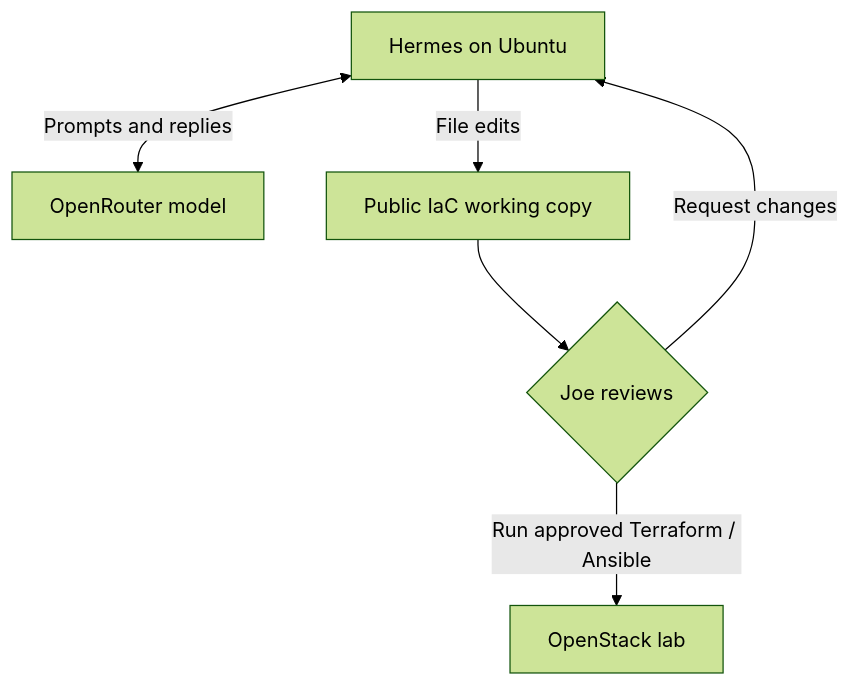
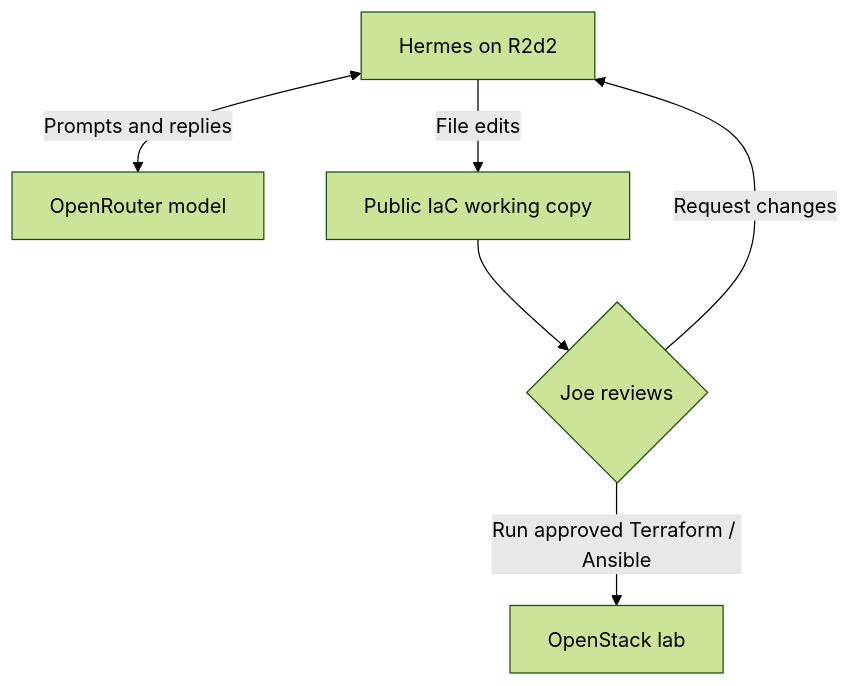
The diagram in docs/phase-08/README.md (DinosaurKeys/openstack-from-zero), drawn with Mermaid (forest theme) before and after one commit. The commit also changed other lines of this file, not shown here.

Commit message:
Confirm R2d2 and hermes-iac for Phase 8 setup

````diff
--- a/docs/phase-08/README.md
+++ b/docs/phase-08/README.md
@@ -9,8 +9,8 @@
 ```mermaid
 flowchart TD
-    H["Hermes on Ubuntu"] <-->|"Prompts and replies"| O["OpenRouter model"]
+    H["Hermes on R2d2"] <-->|"Prompts and replies"| O["OpenRouter model"]
     H -->|"File edits"| W["Public IaC working copy"]
     W --> J{"Joe reviews"}
     J -->|"Run approved Terraform / Ansible"| L["OpenStack lab"]
     J -->|"Request changes"| H
 ```
````
